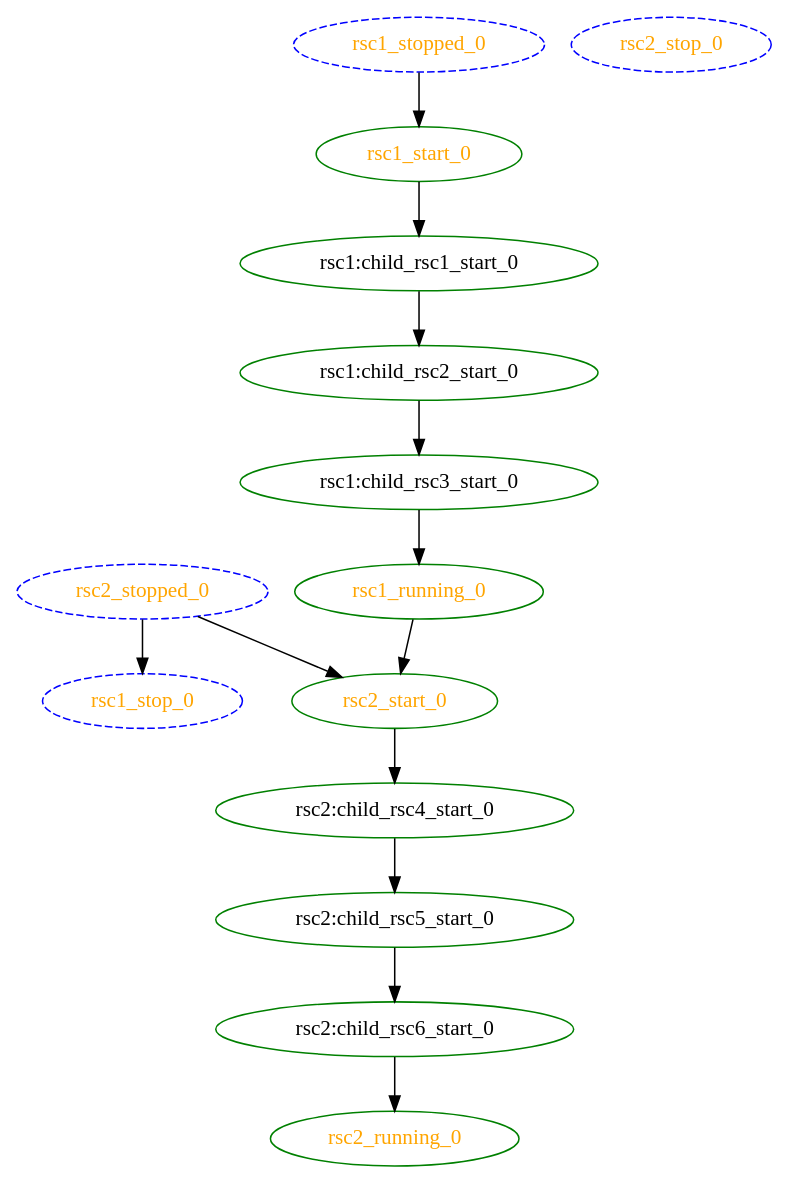
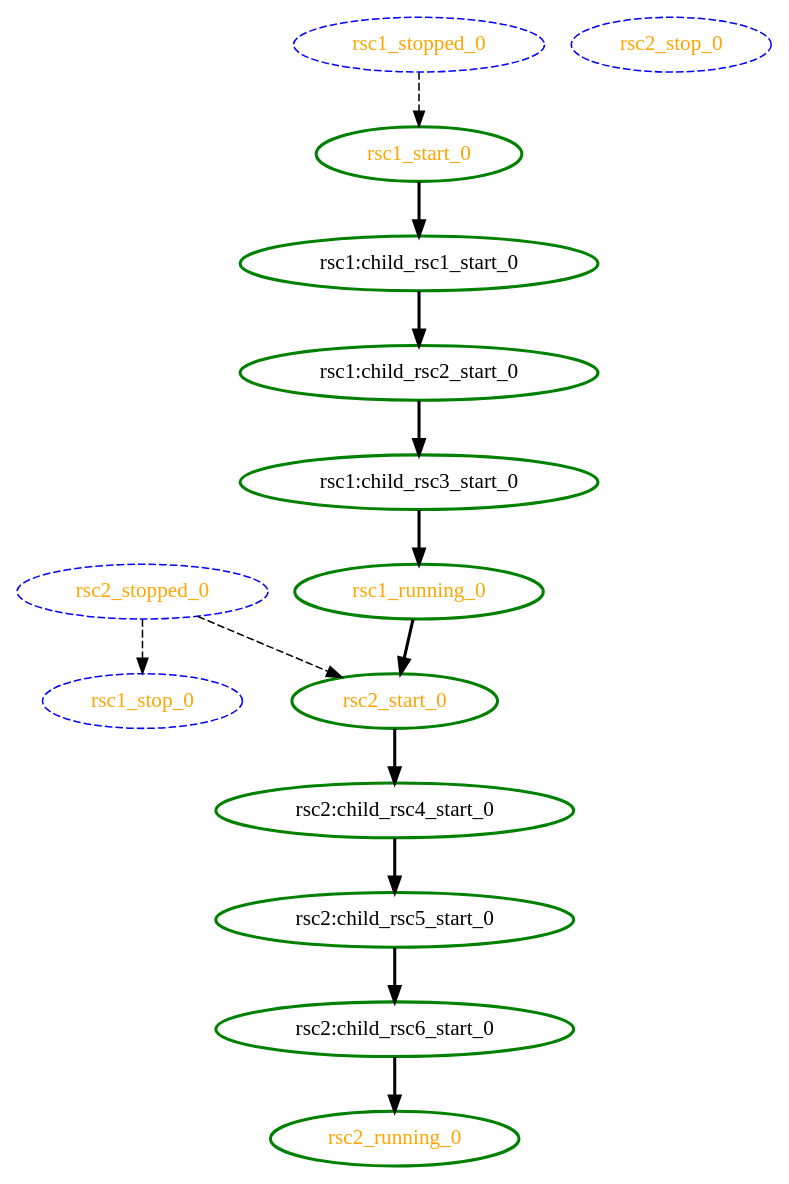
The diagram in crm/pengine/testcases/group3.dot (richiewen8/heartbeat), drawn with Graphviz before and after one commit. The commit also changed 101 other files, not shown here.

```diff
--- a/crm/pengine/testcases/group3.dot
+++ b/crm/pengine/testcases/group3.dot
@@ -1,29 +1,29 @@
 digraph "g" {
 	size = "30,30"
-"rsc1:child_rsc1_start_0" [ tooltip="node1" color="green" fontcolor="black" ]
-"rsc1:child_rsc2_start_0" [ tooltip="node1" color="green" fontcolor="black" ]
-"rsc1:child_rsc3_start_0" [ tooltip="node1" color="green" fontcolor="black" ]
-"rsc1_start_0" [ tooltip="" color="green" fontcolor="orange" ]
-"rsc1_running_0" [ tooltip="" color="green" fontcolor="orange" ]
+"rsc1:child_rsc1_start_0" [ tooltip="node1" style=bold color="green" fontcolor="black" ]
+"rsc1:child_rsc2_start_0" [ tooltip="node1" style=bold color="green" fontcolor="black" ]
+"rsc1:child_rsc3_start_0" [ tooltip="node1" style=bold color="green" fontcolor="black" ]
+"rsc1_start_0" [ tooltip="" style=bold color="green" fontcolor="orange" ]
+"rsc1_running_0" [ tooltip="" style=bold color="green" fontcolor="orange" ]
 "rsc1_stop_0" [ style="dashed" color="blue" fontcolor="orange" ]
 "rsc1_stopped_0" [ style="dashed" color="blue" fontcolor="orange" ]
-"rsc2:child_rsc4_start_0" [ tooltip="node2" color="green" fontcolor="black" ]
-"rsc2:child_rsc5_start_0" [ tooltip="node2" color="green" fontcolor="black" ]
-"rsc2:child_rsc6_start_0" [ tooltip="node2" color="green" fontcolor="black" ]
-"rsc2_start_0" [ tooltip="" color="green" fontcolor="orange" ]
-"rsc2_running_0" [ tooltip="" color="green" fontcolor="orange" ]
+"rsc2:child_rsc4_start_0" [ tooltip="node2" style=bold color="green" fontcolor="black" ]
+"rsc2:child_rsc5_start_0" [ tooltip="node2" style=bold color="green" fontcolor="black" ]
+"rsc2:child_rsc6_start_0" [ tooltip="node2" style=bold color="green" fontcolor="black" ]
+"rsc2_start_0" [ tooltip="" style=bold color="green" fontcolor="orange" ]
+"rsc2_running_0" [ tooltip="" style=bold color="green" fontcolor="orange" ]
 "rsc2_stop_0" [ style="dashed" color="blue" fontcolor="orange" ]
 "rsc2_stopped_0" [ style="dashed" color="blue" fontcolor="orange" ]
-"rsc1_start_0" -> "rsc1:child_rsc1_start_0"
-"rsc1:child_rsc1_start_0" -> "rsc1:child_rsc2_start_0"
-"rsc1:child_rsc2_start_0" -> "rsc1:child_rsc3_start_0"
-"rsc1_stopped_0" -> "rsc1_start_0"
-"rsc1:child_rsc3_start_0" -> "rsc1_running_0"
-"rsc2_stopped_0" -> "rsc1_stop_0"
-"rsc2_start_0" -> "rsc2:child_rsc4_start_0"
-"rsc2:child_rsc4_start_0" -> "rsc2:child_rsc5_start_0"
-"rsc2:child_rsc5_start_0" -> "rsc2:child_rsc6_start_0"
-"rsc1_running_0" -> "rsc2_start_0"
-"rsc2_stopped_0" -> "rsc2_start_0"
-"rsc2:child_rsc6_start_0" -> "rsc2_running_0"
+"rsc1_start_0" -> "rsc1:child_rsc1_start_0" [ style = bold]
+"rsc1:child_rsc1_start_0" -> "rsc1:child_rsc2_start_0" [ style = bold]
+"rsc1:child_rsc2_start_0" -> "rsc1:child_rsc3_start_0" [ style = bold]
+"rsc1_stopped_0" -> "rsc1_start_0" [ style = dashed]
+"rsc1:child_rsc3_start_0" -> "rsc1_running_0" [ style = bold]
+"rsc2_stopped_0" -> "rsc1_stop_0" [ style = dashed]
+"rsc2_start_0" -> "rsc2:child_rsc4_start_0" [ style = bold]
+"rsc2:child_rsc4_start_0" -> "rsc2:child_rsc5_start_0" [ style = bold]
+"rsc2:child_rsc5_start_0" -> "rsc2:child_rsc6_start_0" [ style = bold]
+"rsc1_running_0" -> "rsc2_start_0" [ style = bold]
+"rsc2_stopped_0" -> "rsc2_start_0" [ style = dashed]
+"rsc2:child_rsc6_start_0" -> "rsc2_running_0" [ style = bold]
 }
```
